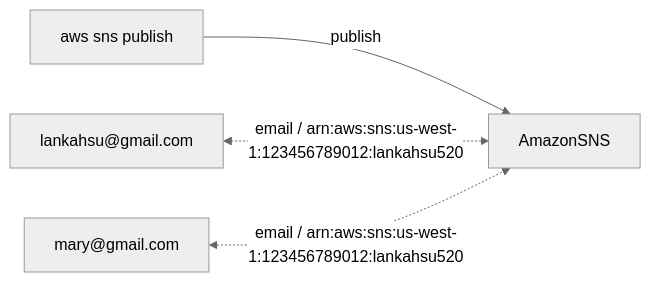
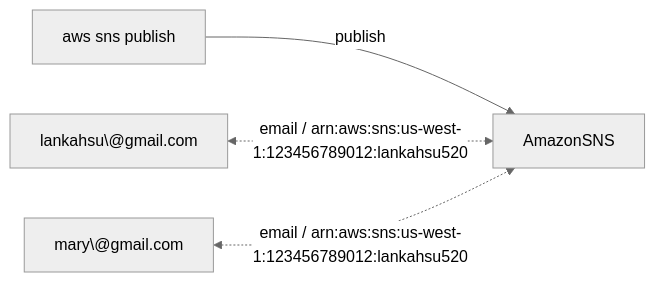
One commit to lankahsu520/HelperX changed the sixth of 6 diagrams in helper_AWS-CLI.md. Above: the diagram before and after it, drawn with Mermaid (neutral theme).

Commit message:
update helper_AWS-CLI.md, 4.5. SNS (Amazon Simple Notification Service)

````diff
--- a/helper_AWS-CLI.md
+++ b/helper_AWS-CLI.md
@@ -1375,12 +1375,12 @@
 ```mermaid
 flowchart LR
 	awsCli[aws sns publish]
-	Lanka["lankahsu@gmail.com"]
-	Mary["mary@gmail.com"]
+	Lanka["lankahsu\@gmail.com"]
+	Mary["mary\@gmail.com"]
 
 	AmazonSNS[AmazonSNS]
 
 	awsCli --> |publish| AmazonSNS
 	Lanka <-.-> | email / arn:aws:sns:us-west-1:123456789012:lankahsu520| AmazonSNS
 	Mary <-.-> | email / arn:aws:sns:us-west-1:123456789012:lankahsu520| AmazonSNS
 ```
````
